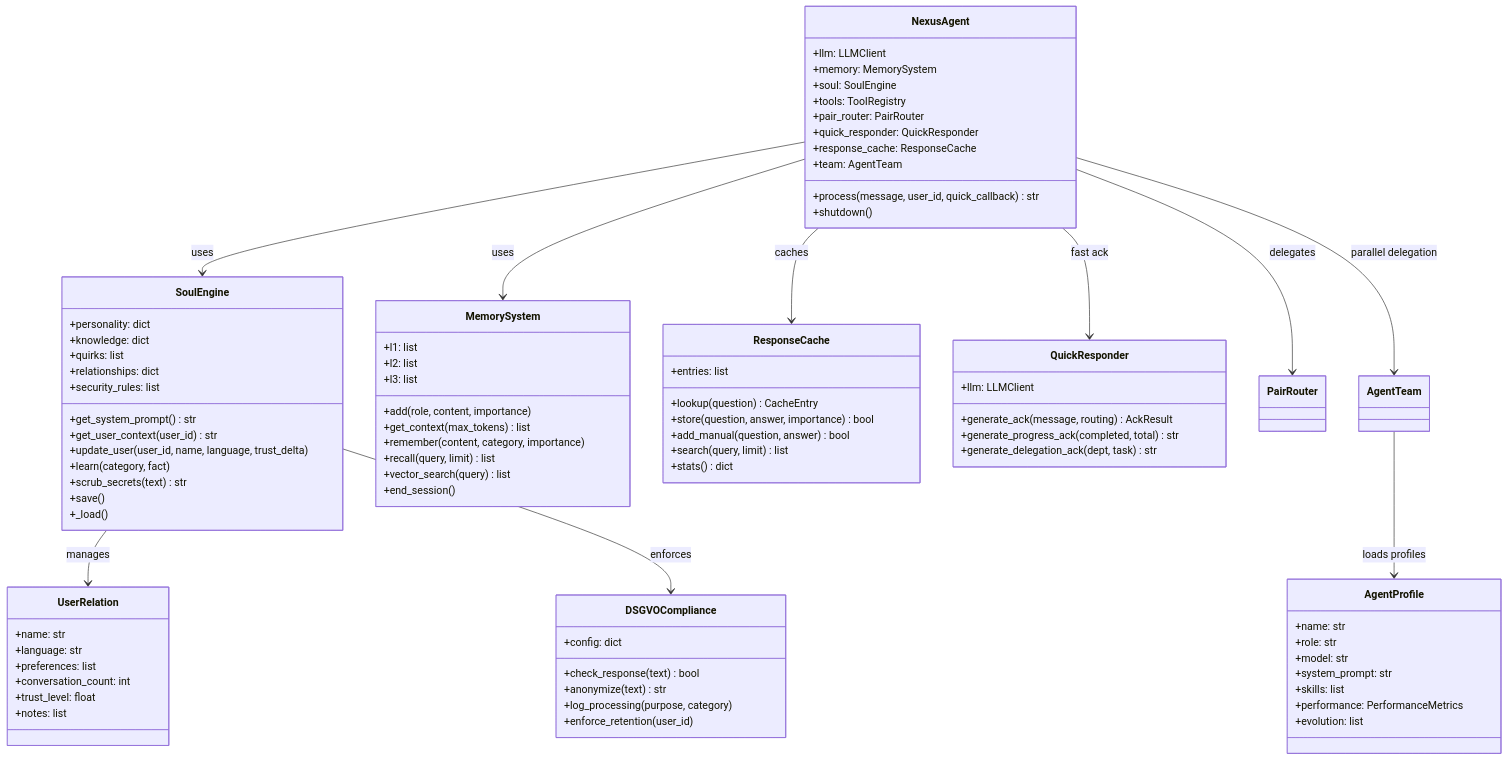
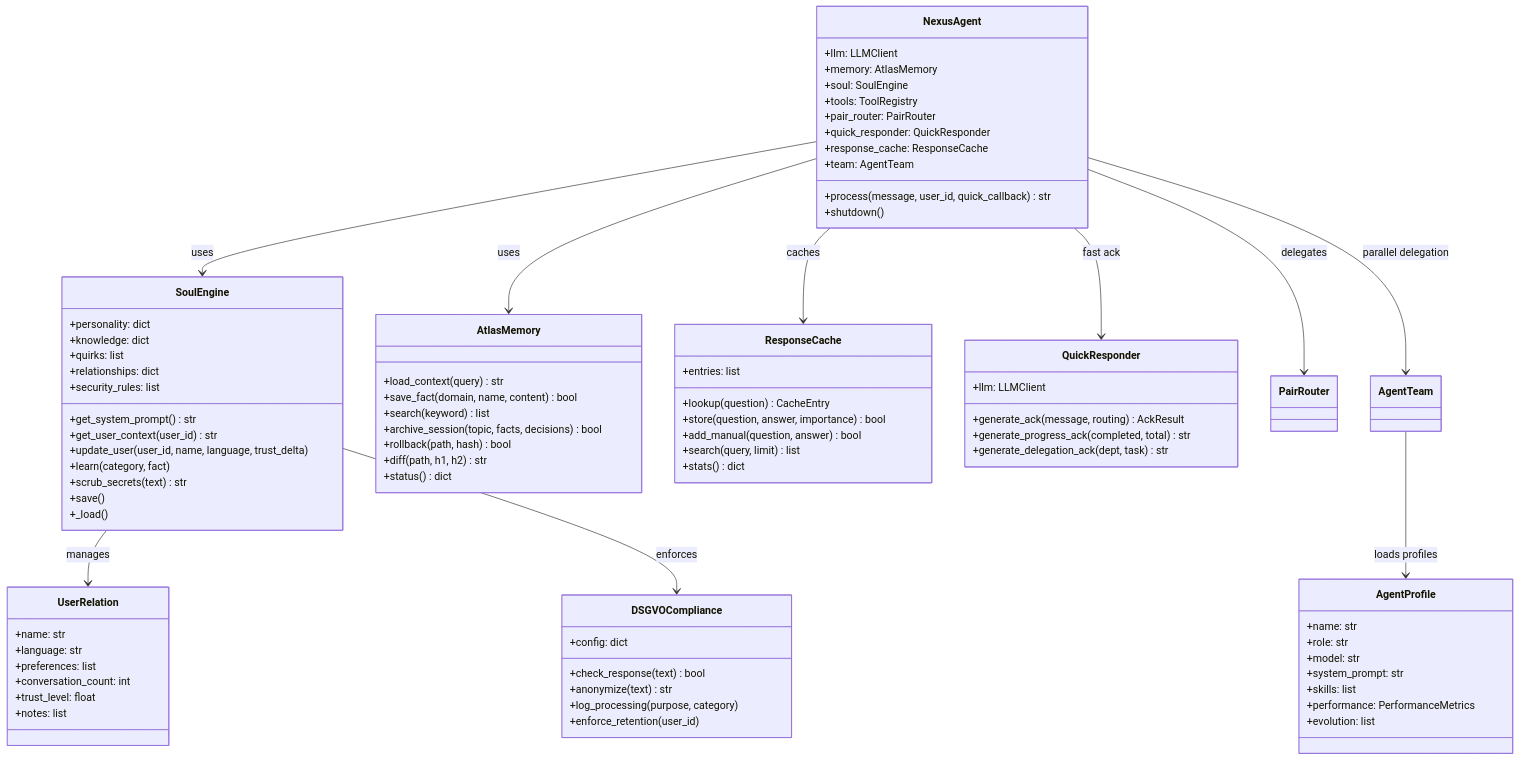
The eighth of 9 diagrams in README.md (TitoPrausee/nexus-toti), drawn with Mermaid before and after one commit. The commit also changed other lines of this file and 16 other files, not shown here.

First line of the commit message:
v10.0: Atlas Git Memory System — 5 Layer, keine Kompression

```diff
--- a/README.md
+++ b/README.md
@@ -434,16 +482,14 @@
         +notes: list
     }
 
-    class MemorySystem {
-        +l1: list
-        +l2: list
-        +l3: list
-        +add(role, content, importance)
-        +get_context(max_tokens) list
-        +remember(content, category, importance)
-        +recall(query, limit) list
-        +vector_search(query) list
-        +end_session()
+    class AtlasMemory {
+        +load_context(query) str
+        +save_fact(domain, name, content) bool
+        +search(keyword) list
+        +archive_session(topic, facts, decisions) bool
+        +rollback(path, hash) bool
+        +diff(path, h1, h2) str
+        +status() dict
     }
 
     class ResponseCache {
@@ -474,7 +520,7 @@
 
     class NexusAgent {
         +llm: LLMClient
-        +memory: MemorySystem
+        +memory: AtlasMemory
         +soul: SoulEngine
         +tools: ToolRegistry
         +pair_router: PairRouter
@@ -486,7 +532,7 @@
     }
 
     NexusAgent --> SoulEngine : uses
-    NexusAgent --> MemorySystem : uses
+    NexusAgent --> AtlasMemory : uses
     NexusAgent --> PairRouter : delegates
     NexusAgent --> ResponseCache : caches
     NexusAgent --> QuickResponder : fast ack
```
